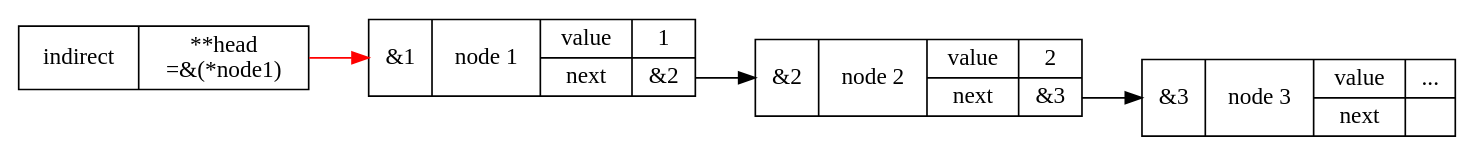
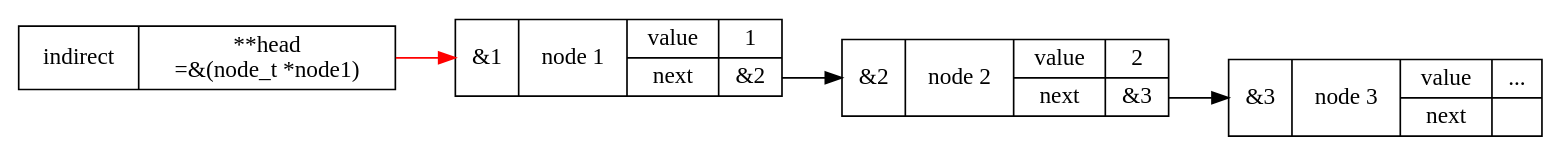
Before and after one commit to MingRuey/Guts_2020Fall: the second of 21 diagrams in Week1/2020q3.md, drawn with Graphviz. The commit also changed other lines of this file, not shown here.

````diff
--- a/Week1/2020q3.md
+++ b/Week1/2020q3.md
@@ -31,13 +31,13 @@
 ```graphviz
 digraph indirect{
     rankdir=LR;
     node [shape=record];
     1 [label="{<address>&1|node 1|{value|next}|{1|<ref>&2}}"];
     2 [label="{<address>&2|node 2|{value|next}|{2|<ref>&3}}"];
     3 [label="{<address>&3|node 3|{value|next}|{...|<ref>}}"];
     1:ref -> 2:address [color=black];
     2:ref -> 3:address [color=black];
-    indirect [label="{indirect|**head\n=&(*node1)}"]
+    indirect [label="{indirect|**head\n=&(node_t *node1)}"]
     indirect -> 1:address [color=red];
 }
 ```
````
